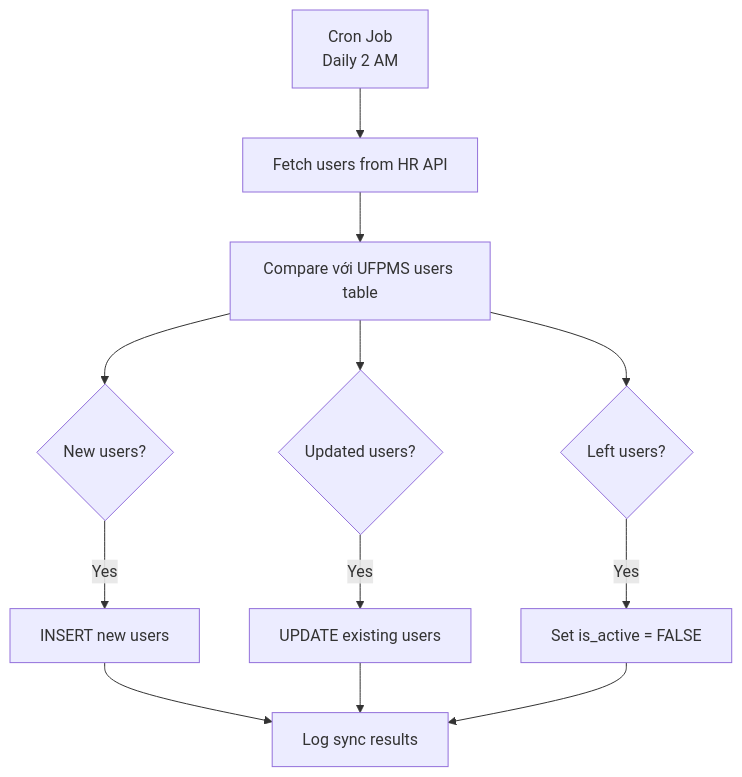
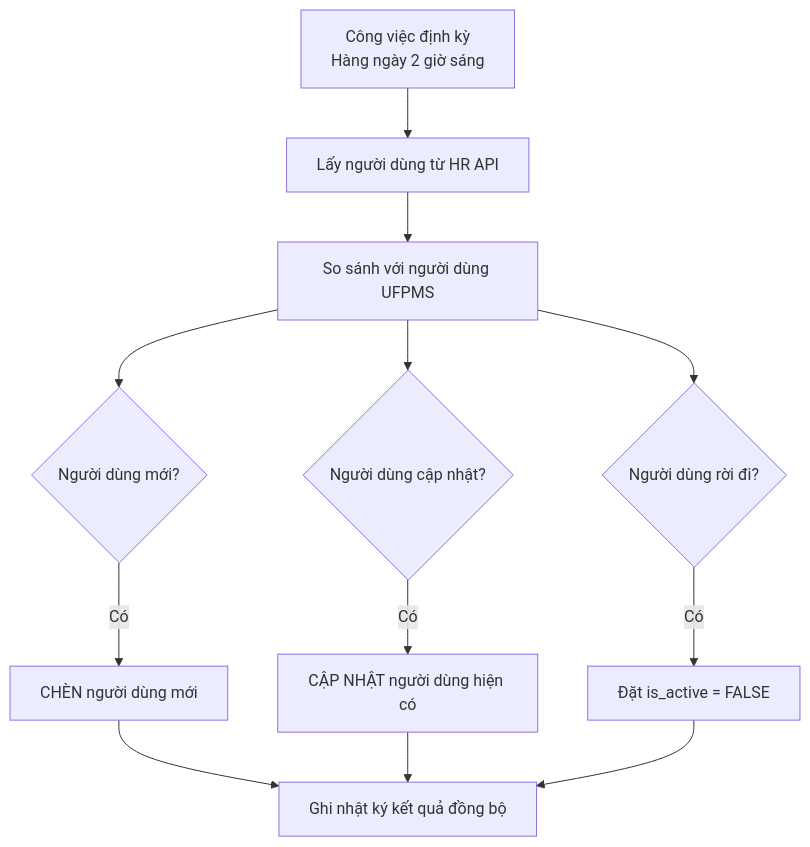
Before and after one commit to Ng0cTh4nhk5/ufpms-docs: the third of 5 diagrams in docs/06_Diagrams/Context/external_integrations.md, drawn with Mermaid. The commit also changed other lines of this file and 70 other files, not shown here.

````diff
--- a/docs/06_Diagrams/Context/external_integrations.md
+++ b/docs/06_Diagrams/Context/external_integrations.md
@@ -155,18 +155,18 @@
 ```mermaid
 flowchart TD
-    Cron[Cron Job<br/>Daily 2 AM] --> Fetch[Fetch users from HR API]
-    Fetch --> Compare[Compare với UFPMS users table]
+    Cron[Công việc định kỳ<br/>Hàng ngày 2 giờ sáng] --> Fetch[Lấy người dùng từ HR API]
+    Fetch --> Compare[So sánh với người dùng UFPMS]
     
-    Compare --> NewUsers{New users?}
-    NewUsers -->|Yes| Insert[INSERT new users]
+    Compare --> NewUsers{Người dùng mới?}
+    NewUsers -->|Có| Insert[CHÈN người dùng mới]
     
-    Compare --> UpdatedUsers{Updated users?}
-    UpdatedUsers -->|Yes| Update[UPDATE existing users]
+    Compare --> UpdatedUsers{Người dùng cập nhật?}
+    UpdatedUsers -->|Có| Update[CẬP NHẬT người dùng hiện có]
     
-    Compare --> LeftUsers{Left users?}
-    LeftUsers -->|Yes| Deactivate[Set is_active = FALSE]
+    Compare --> LeftUsers{Người dùng rời đi?}
+    LeftUsers -->|Có| Deactivate[Đặt is_active = FALSE]
     
-    Insert --> Log[Log sync results]
+    Insert --> Log[Ghi nhật ký kết quả đồng bộ]
     Update --> Log
     Deactivate --> Log
 ```
````
